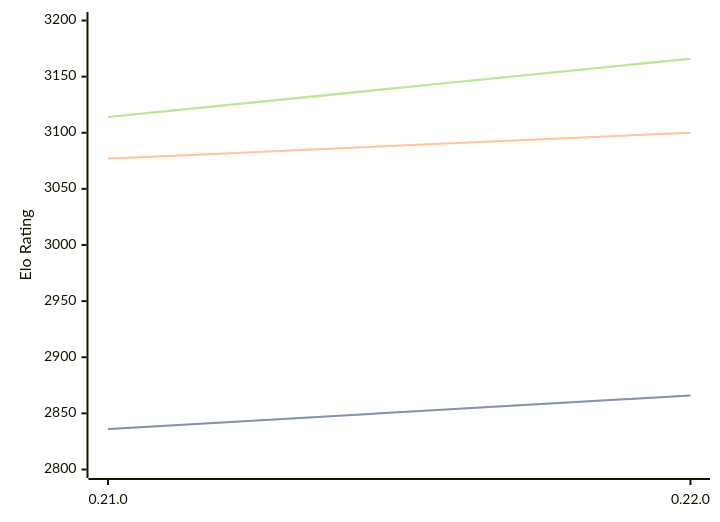
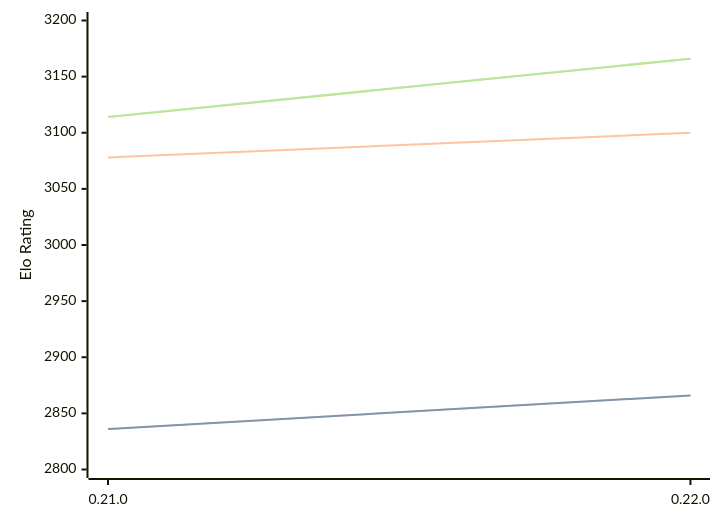
Before and after one commit to computer-chess-index/cci: the diagram in engines/Princhess.md, drawn with Mermaid. The commit also changed other lines of this file, not shown here.

````diff
--- a/engines/Princhess.md
+++ b/engines/Princhess.md
@@ -32,11 +32,11 @@
 ```mermaid
 %%{init: {"theme":"base","themeVariables":{"seriesColors:['#a3a3a3','#222221','#faa371']}}}%%
 xychart-beta
   x-axis ["0.21.0", "0.22.0"]
   y-axis "Elo Rating" 2800 --> 3200
   line "" [2836, 2866]
   line "STC (8.0+0.08s)" [2836, 2866]
-  line "LTC (60.0+0.60s)" [3077, 3100]
+  line "LTC (60.0+0.60s)" [3078, 3100]
   line "" [3114, 3166]
   line "VLTC (2m24s+1.12s)" [3114, 3166]
 ```
````
